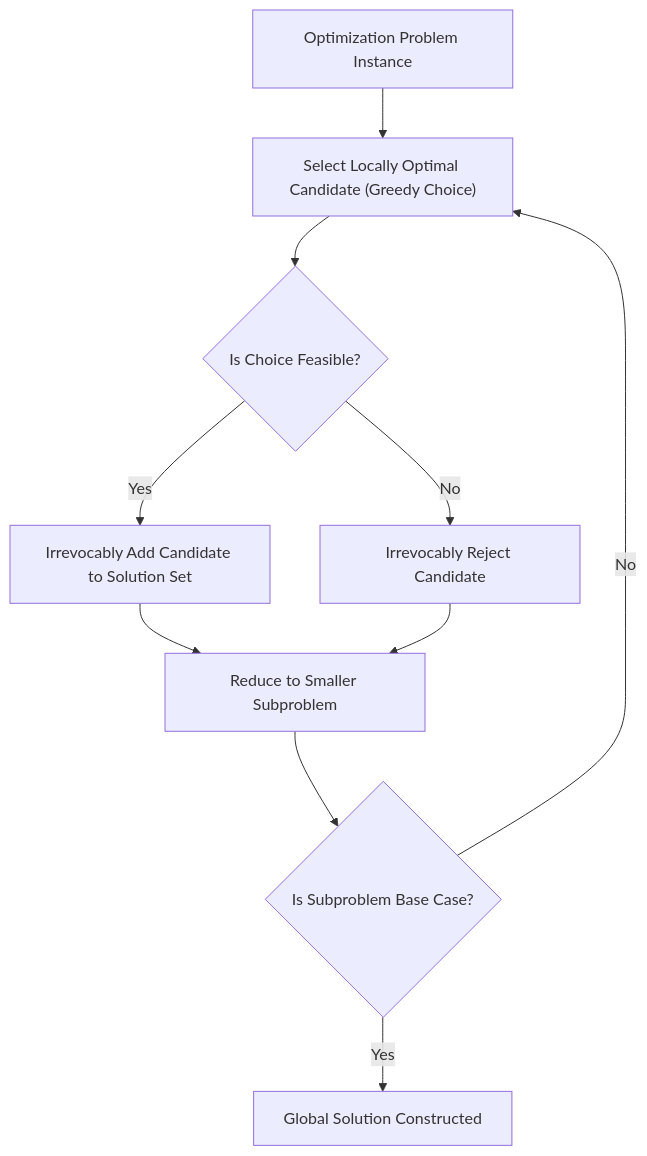
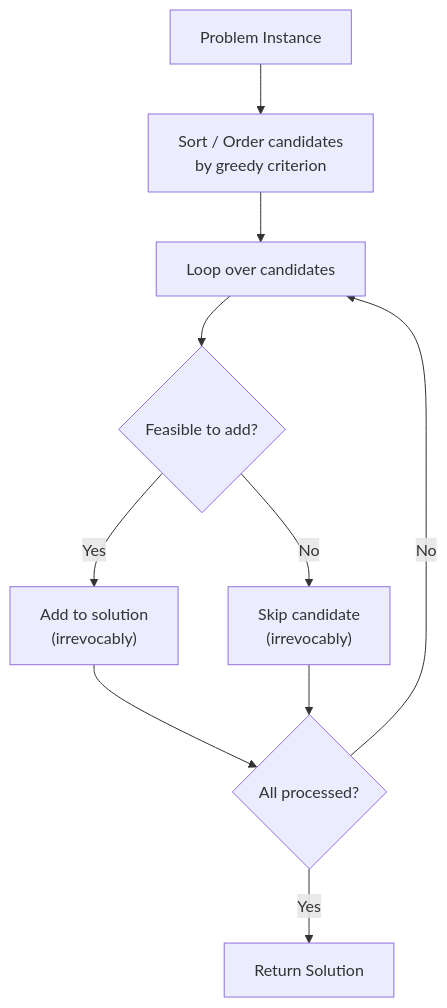
Before and after one commit to DeepLumiere/DeepSkills: the first of 5 diagrams in notes/design_and_analysis_of_algorithms/Unit_05_Greedy_Algorithms.md, drawn with Mermaid. The commit also changed other lines of this file and 1 other file, not shown here.

````diff
--- a/notes/design_and_analysis_of_algorithms/Unit_05_Greedy_Algorithms.md
+++ b/notes/design_and_analysis_of_algorithms/Unit_05_Greedy_Algorithms.md
@@ -55,21 +45,12 @@
 ```mermaid
-
 flowchart TD
-
-    Start["Optimization Problem Instance"] --> LocalChoice["Select Locally Optimal Candidate (Greedy Choice)"]
-
-    LocalChoice --> FeasibilityCheck{"Is Choice Feasible?"}
-
-    FeasibilityCheck -- Yes --> Include["Irrevocably Add Candidate to Solution Set"]
-
-    FeasibilityCheck -- No --> Reject["Irrevocably Reject Candidate"]
-
-    Include & Reject --> Subproblem["Reduce to Smaller Subproblem"]
-
-    Subproblem --> Solved{"Is Subproblem Base Case?"}
-
-    Solved -- No --> LocalChoice
-
-    Solved -- Yes --> Done["Global Solution Constructed"]
-
+    P["Problem Instance"] --> Sort["Sort / Order candidates\nby greedy criterion"]
+    Sort --> L["Loop over candidates"]
+    L --> Feas{"Feasible to add?"}
+    Feas -- Yes --> Add["Add to solution\n(irrevocably)"]
+    Feas -- No --> Skip["Skip candidate\n(irrevocably)"]
+    Add --> Done{"All processed?"}
+    Skip --> Done
+    Done -- No --> L
+    Done -- Yes --> Return["Return Solution"]
 ```
````
